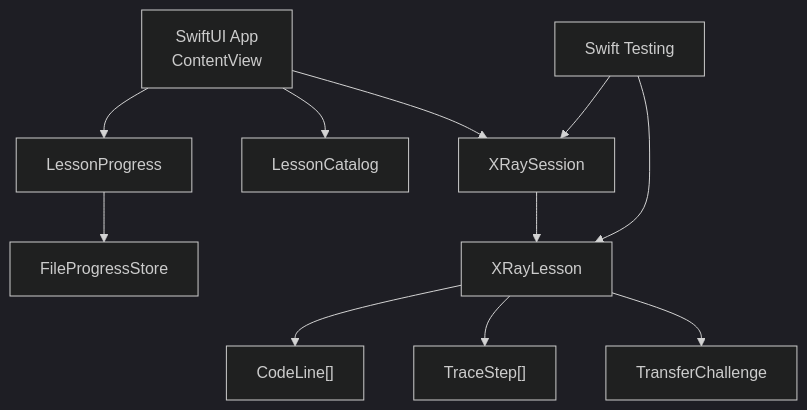
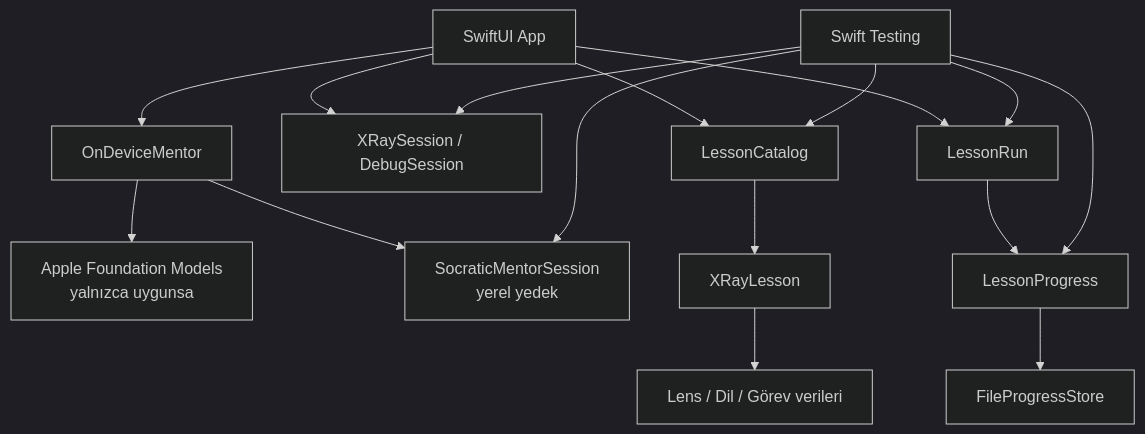
One commit to ataanuysal/softgrillmeapp changed the fourth of 4 diagrams in DESIGN.md. Above: the diagram before and after it, drawn with Mermaid (dark theme). The commit also changed other lines of this file and 33 other files, not shown here.

Commit message:
Complete 30-day learning roadmap

````diff
--- a/DESIGN.md
+++ b/DESIGN.md
@@ -159,13 +165,18 @@
 ```mermaid
 flowchart TD
-  UI["SwiftUI App<br/>ContentView"] --> Session["XRaySession"]
-  UI --> Catalog["LessonCatalog"]
-  UI --> Progress["LessonProgress"]
+  UI["SwiftUI App"] --> Catalog["LessonCatalog"]
+  UI --> Session["XRaySession / DebugSession"]
+  UI --> Run["LessonRun"]
+  UI --> Mentor["OnDeviceMentor"]
+  Mentor --> FM["Apple Foundation Models<br/>yalnızca uygunsa"]
+  Mentor --> Local["SocraticMentorSession<br/>yerel yedek"]
+  Run --> Progress["LessonProgress"]
   Progress --> Store["FileProgressStore"]
-  Session --> Lesson["XRayLesson"]
-  Lesson --> Code["CodeLine[]"]
-  Lesson --> Trace["TraceStep[]"]
-  Lesson --> Transfer["TransferChallenge"]
-  Tests["Swift Testing"] --> Session
-  Tests --> Lesson
+  Catalog --> Lesson["XRayLesson"]
+  Lesson --> Lens["Lens / Dil / Görev verileri"]
+  Tests["Swift Testing"] --> Catalog
+  Tests --> Session
+  Tests --> Run
+  Tests --> Progress
+  Tests --> Local
 ```
````
